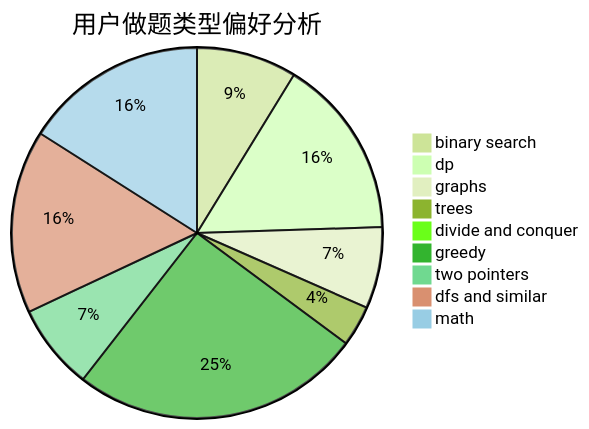
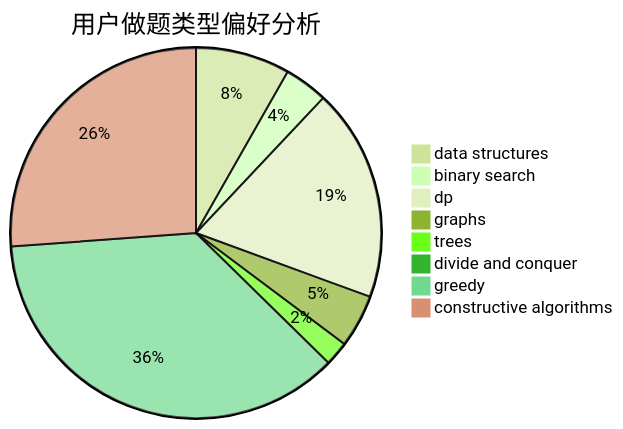
The second of 3 diagrams in docs/user/u2602.md (sherpahu/cfrs.github.io), drawn with Mermaid (forest theme) before and after one commit. The commit also changed other lines of this file and 2775 other files, not shown here.

````diff
--- a/docs/user/u2602.md
+++ b/docs/user/u2602.md
@@ -23,12 +23,11 @@
 ```mermaid
 pie title 用户做题类型偏好分析
-    "binary search" :  69
-    "dp" :  124
-    "graphs" :  56
-    "trees" :  28
-    "divide and conquer" :  6
-    "greedy" :  200
-    "two pointers" :  59
-    "dfs and similar" :  126
-    "math" :  126
+    "data structures" :  39
+    "binary search" :  18
+    "dp" :  88
+    "graphs" :  22
+    "trees" :  10
+    "divide and conquer" :  0
+    "greedy" :  173
+    "constructive algorithms" :  124
 ```
````
